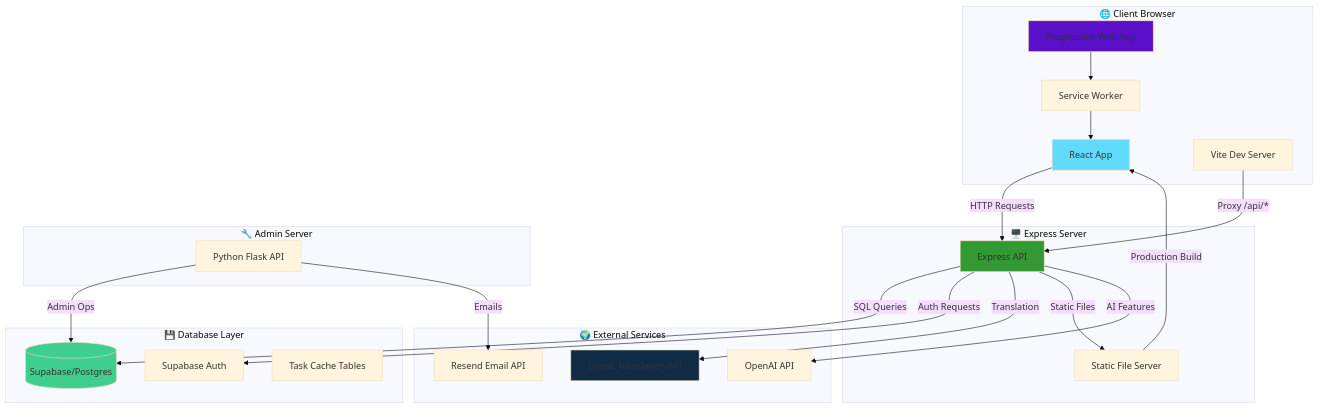
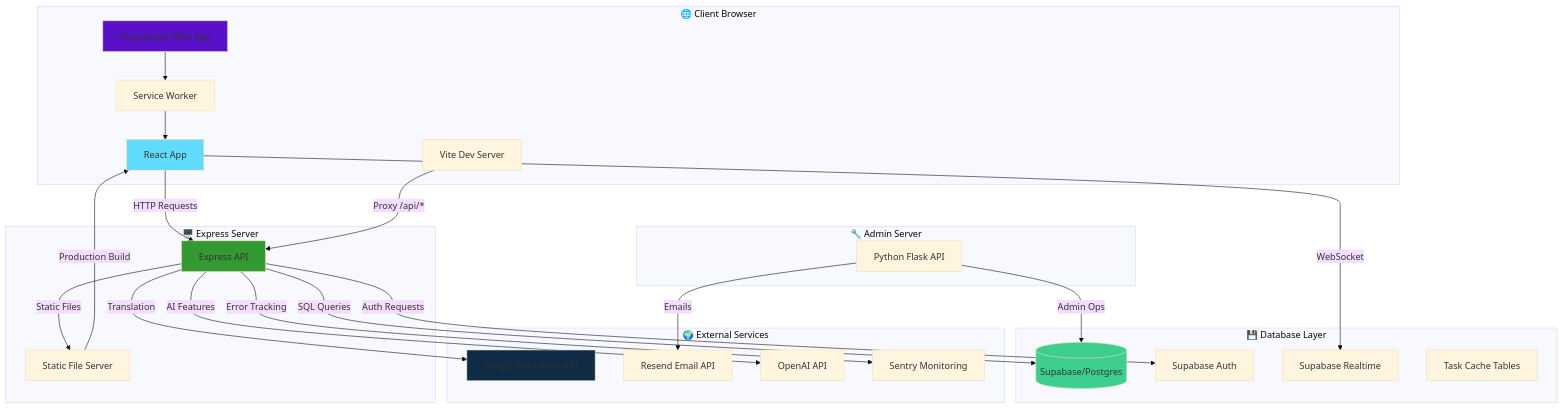
One commit to Duckxel/PlantSwipe changed the first of 3 diagrams in plant-swipe/README.md. Above: the diagram before and after it, drawn with Mermaid (base theme). The commit also changed other lines of this file, not shown here.

Commit message:
docs: update plant-swipe README with missing components, API endpoints, and corrected commands

````diff
--- a/plant-swipe/README.md
+++ b/plant-swipe/README.md
@@ -68,49 +68,53 @@
 ```mermaid
 flowchart TB
     subgraph Client["🌐 Client Browser"]
         PWA[Progressive Web App]
         SW[Service Worker]
         React[React App]
         Vite[Vite Dev Server]
     end
     
     subgraph Server["🖥️ Express Server"]
         ExpressAPI[Express API]
         StaticServe[Static File Server]
     end
     
     subgraph AdminServer["🔧 Admin Server"]
         Flask[Python Flask API]
     end
     
     subgraph Database["💾 Database Layer"]
         Supabase[(Supabase/Postgres)]
         Auth[Supabase Auth]
+        Realtime[Supabase Realtime]
         Cache[Task Cache Tables]
     end
     
     subgraph External["🌍 External Services"]
         DeepL[DeepL Translation API]
         Resend[Resend Email API]
         OpenAI[OpenAI API]
+        Sentry[Sentry Monitoring]
     end
     
     PWA --> SW
     SW --> React
     React -->|HTTP Requests| ExpressAPI
+    React -->|WebSocket| Realtime
     Vite -->|Proxy /api/*| ExpressAPI
     ExpressAPI -->|SQL Queries| Supabase
     ExpressAPI -->|Auth Requests| Auth
     ExpressAPI -->|Translation| DeepL
     ExpressAPI -->|Static Files| StaticServe
     StaticServe -->|Production Build| React
     Flask -->|Admin Ops| Supabase
     Flask -->|Emails| Resend
     ExpressAPI -->|AI Features| OpenAI
+    ExpressAPI -->|Error Tracking| Sentry
     
     style React fill:#61dafb
     style ExpressAPI fill:#339933
     style Supabase fill:#3ecf8e
     style DeepL fill:#0f2b46
     style PWA fill:#5a0fc8
 ```
````
